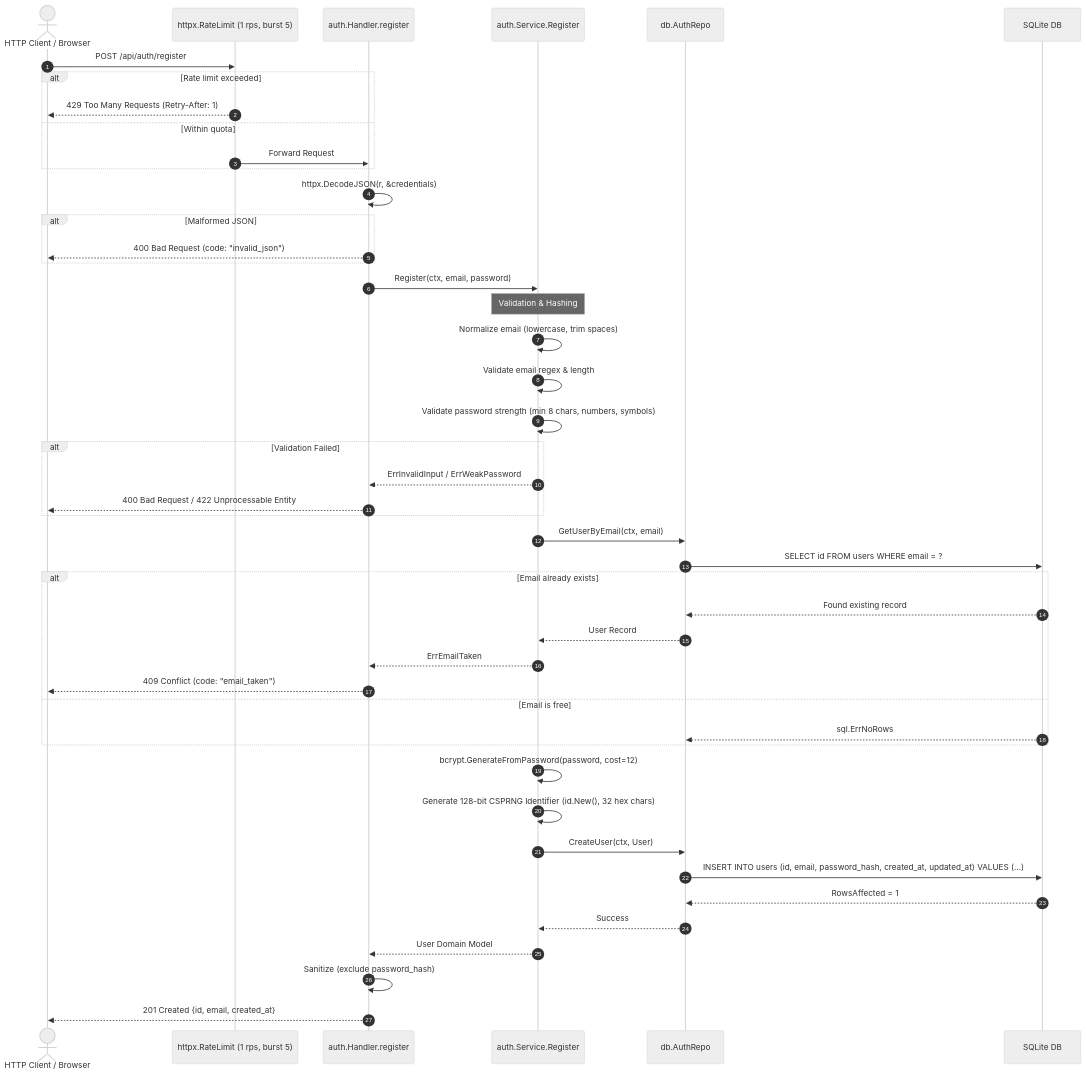
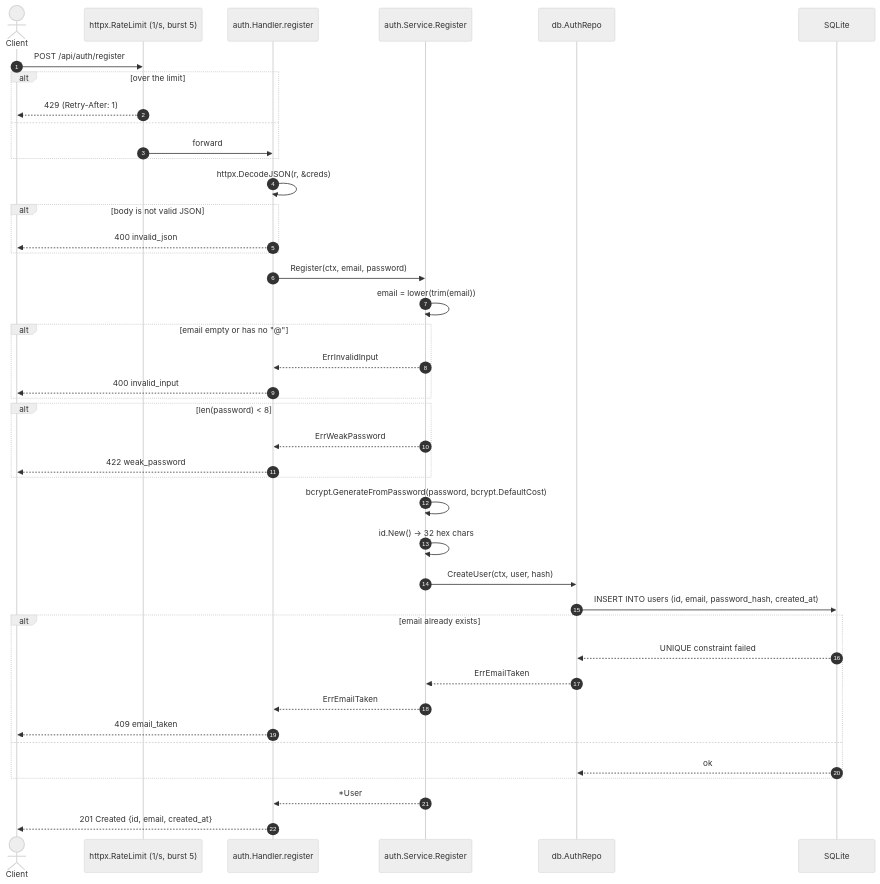
The diagram in resources/flow/auth_register.md (nhhthong/godocs), drawn with Mermaid (neutral theme) before and after one commit. The commit also changed other lines of this file and 28 other files, not shown here.

````diff
--- a/resources/flow/auth_register.md
+++ b/resources/flow/auth_register.md
@@ -38,55 +42,49 @@
 ```mermaid
 sequenceDiagram
     autonumber
-    actor Client as HTTP Client / Browser
-    participant RateLimit as httpx.RateLimit (1 rps, burst 5)
-    participant Handler as auth.Handler.register
-    participant Svc as auth.Service.Register
-    participant Repo as db.AuthRepo
-    participant DB as SQLite DB
+    actor Client
+    participant RL as httpx.RateLimit (1/s, burst 5)
+    participant H as auth.Handler.register
+    participant S as auth.Service.Register
+    participant R as db.AuthRepo
+    participant DB as SQLite
 
-    Client->>RateLimit: POST /api/auth/register
-    alt Rate limit exceeded
-        RateLimit-->>Client: 429 Too Many Requests (Retry-After: 1)
-    else Within quota
-        RateLimit->>Handler: Forward Request
+    Client->>RL: POST /api/auth/register
+    alt over the limit
+        RL-->>Client: 429 (Retry-After: 1)
+    else
+        RL->>H: forward
     end
 
-    Handler->>Handler: httpx.DecodeJSON(r, &credentials)
-    alt Malformed JSON
-        Handler-->>Client: 400 Bad Request (code: "invalid_json")
+    H->>H: httpx.DecodeJSON(r, &creds)
+    alt body is not valid JSON
+        H-->>Client: 400 invalid_json
     end
 
-    Handler->>Svc: Register(ctx, email, password)
-
-    Note over Svc: Validation & Hashing
-    Svc->>Svc: Normalize email (lowercase, trim spaces)
-    Svc->>Svc: Validate email regex & length
-    Svc->>Svc: Validate password strength (min 8 chars, numbers, symbols)
-    alt Validation Failed
-        Svc-->>Handler: ErrInvalidInput / ErrWeakPassword
-        Handler-->>Client: 400 Bad Request / 422 Unprocessable Entity
+    H->>S: Register(ctx, email, password)
+    S->>S: email = lower(trim(email))
+    alt email empty or has no "@"
+        S-->>H: ErrInvalidInput
+        H-->>Client: 400 invalid_input
+    end
+    alt len(password) < 8
+        S-->>H: ErrWeakPassword
+        H-->>Client: 422 weak_password
     end
 
-    Svc->>Repo: GetUserByEmail(ctx, email)
-    Repo->>DB: SELECT id FROM users WHERE email = ?
-    alt Email already exists
-        DB-->>Repo: Found existing record
-        Repo-->>Svc: User Record
-        Svc-->>Handler: ErrEmailTaken
-        Handler-->>Client: 409 Conflict (code: "email_taken")
-    else Email is free
-        DB-->>Repo: sql.ErrNoRows
+    S->>S: bcrypt.GenerateFromPassword(password, bcrypt.DefaultCost)
+    S->>S: id.New() → 32 hex chars
+    S->>R: CreateUser(ctx, user, hash)
+    R->>DB: INSERT INTO users (id, email, password_hash, created_at)
+    alt email already exists
+        DB-->>R: UNIQUE constraint failed
+        R-->>S: ErrEmailTaken
+        S-->>H: ErrEmailTaken
+        H-->>Client: 409 email_taken
+    else
+        DB-->>R: ok
     end
 
-    Svc->>Svc: bcrypt.GenerateFromPassword(password, cost=12)
-    Svc->>Svc: Generate 128-bit CSPRNG Identifier (id.New(), 32 hex chars)
-    Svc->>Repo: CreateUser(ctx, User)
-    Repo->>DB: INSERT INTO users (id, email, password_hash, created_at, updated_at) VALUES (...)
-    DB-->>Repo: RowsAffected = 1
-
-    Repo-->>Svc: Success
-    Svc-->>Handler: User Domain Model
-    Handler->>Handler: Sanitize (exclude password_hash)
-    Handler-->>Client: 201 Created {id, email, created_at}
+    S-->>H: *User
+    H-->>Client: 201 Created {id, email, created_at}
 ```
````
